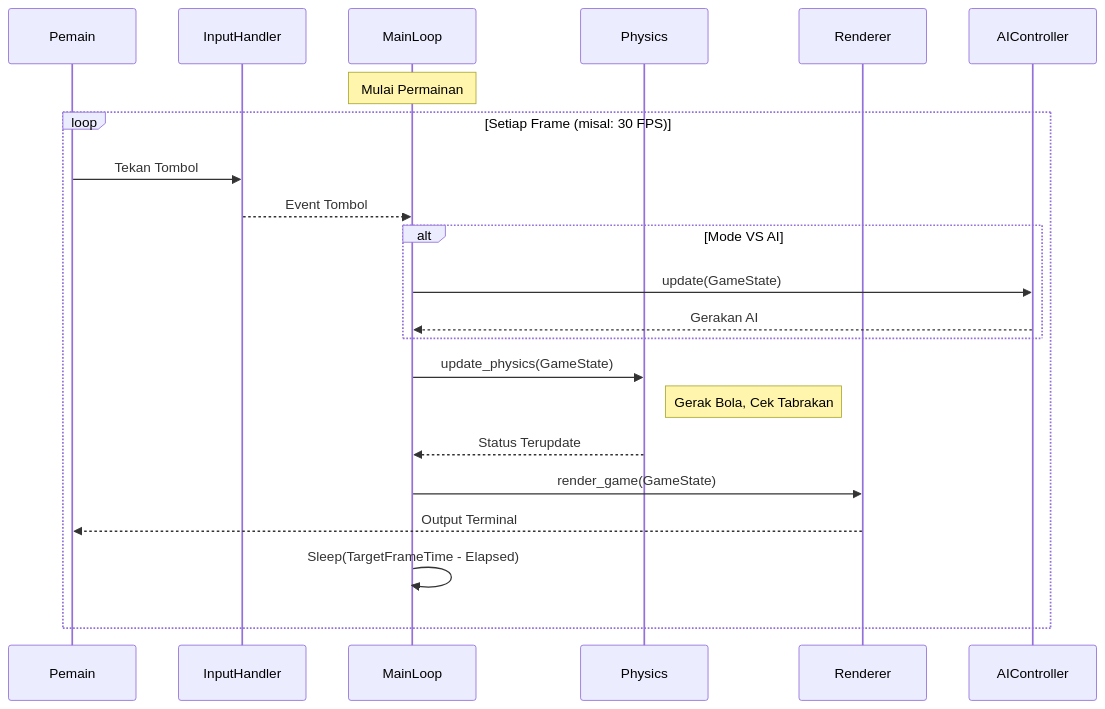
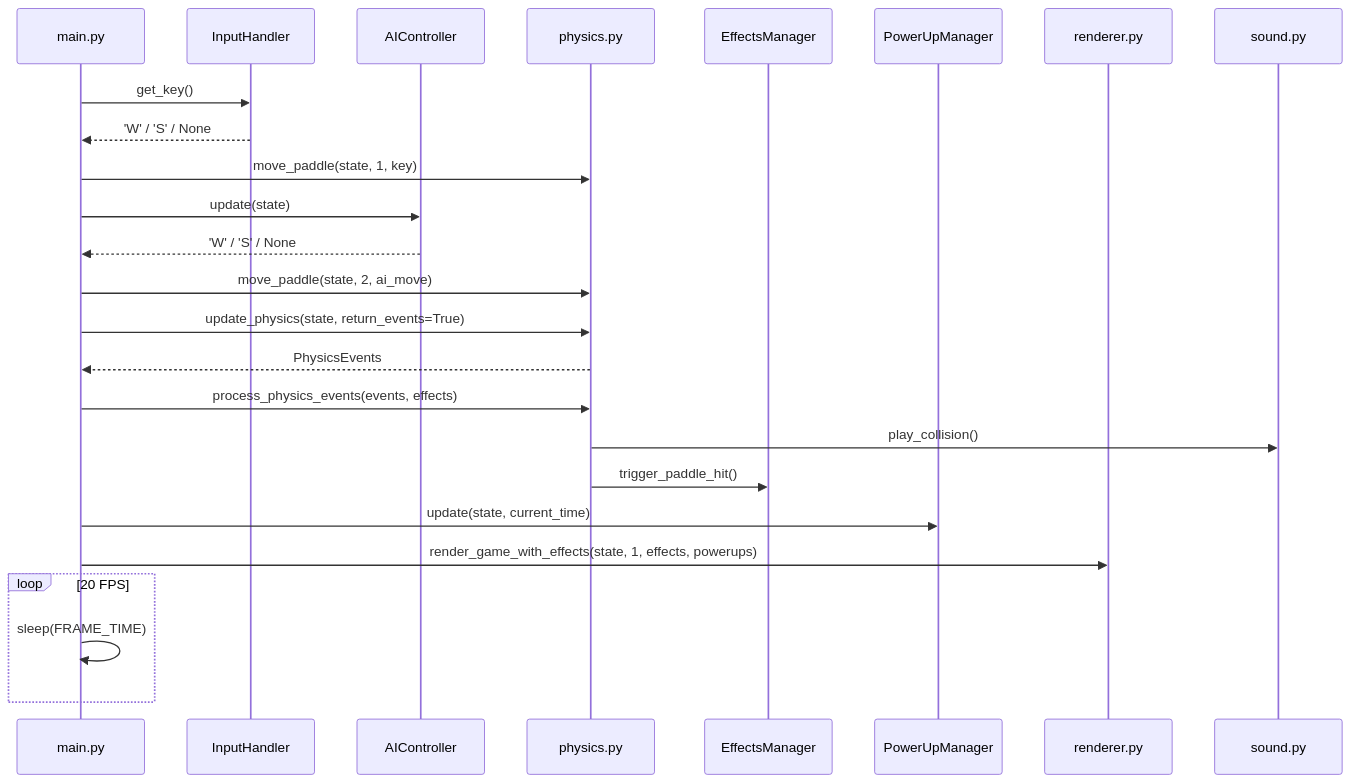
One commit to ditverse/ascii-game-python changed the second of 4 diagrams in docs/SYSTEM_ARCHITECTURE.md. Above: the diagram before and after it, drawn with Mermaid. The commit also changed other lines of this file and 5 other files, not shown here.

````diff
--- a/docs/SYSTEM_ARCHITECTURE.md
+++ b/docs/SYSTEM_ARCHITECTURE.md
@@ -93,29 +121,33 @@
 ```mermaid
 sequenceDiagram
-    participant P as Pemain
-    participant I as InputHandler
-    participant M as MainLoop
-    participant PHY as Physics
-    participant R as Renderer
+    participant Main as main.py
+    participant Input as InputHandler
     participant AI as AIController
-
-    Note over M: Mulai Permainan
-    loop Setiap Frame (misal: 30 FPS)
-        P->>I: Tekan Tombol
-        I-->>M: Event Tombol
-        
-        alt Mode VS AI
-            M->>AI: update(GameState)
-            AI-->>M: Gerakan AI
-        end
-
-        M->>PHY: update_physics(GameState)
-        Note right of PHY: Gerak Bola, Cek Tabrakan
-        PHY-->>M: Status Terupdate
-
-        M->>R: render_game(GameState)
-        R-->>P: Output Terminal
-        
-        M->>M: Sleep(TargetFrameTime - Elapsed)
+    participant Physics as physics.py
+    participant Effects as EffectsManager
+    participant PowerUps as PowerUpManager
+    participant Renderer as renderer.py
+    participant Sound as sound.py
+    
+    Main->>Input: get_key()
+    Input-->>Main: 'W' / 'S' / None
+    Main->>Physics: move_paddle(state, 1, key)
+    
+    Main->>AI: update(state)
+    AI-->>Main: 'W' / 'S' / None
+    Main->>Physics: move_paddle(state, 2, ai_move)
+    
+    Main->>Physics: update_physics(state, return_events=True)
+    Physics-->>Main: PhysicsEvents
+    
+    Main->>Physics: process_physics_events(events, effects)
+    Physics->>Sound: play_collision()
+    Physics->>Effects: trigger_paddle_hit()
+    
+    Main->>PowerUps: update(state, current_time)
+    Main->>Renderer: render_game_with_effects(state, 1, effects, powerups)
+    
+    loop 20 FPS
+        Main->>Main: sleep(FRAME_TIME)
     end
 ```
````
